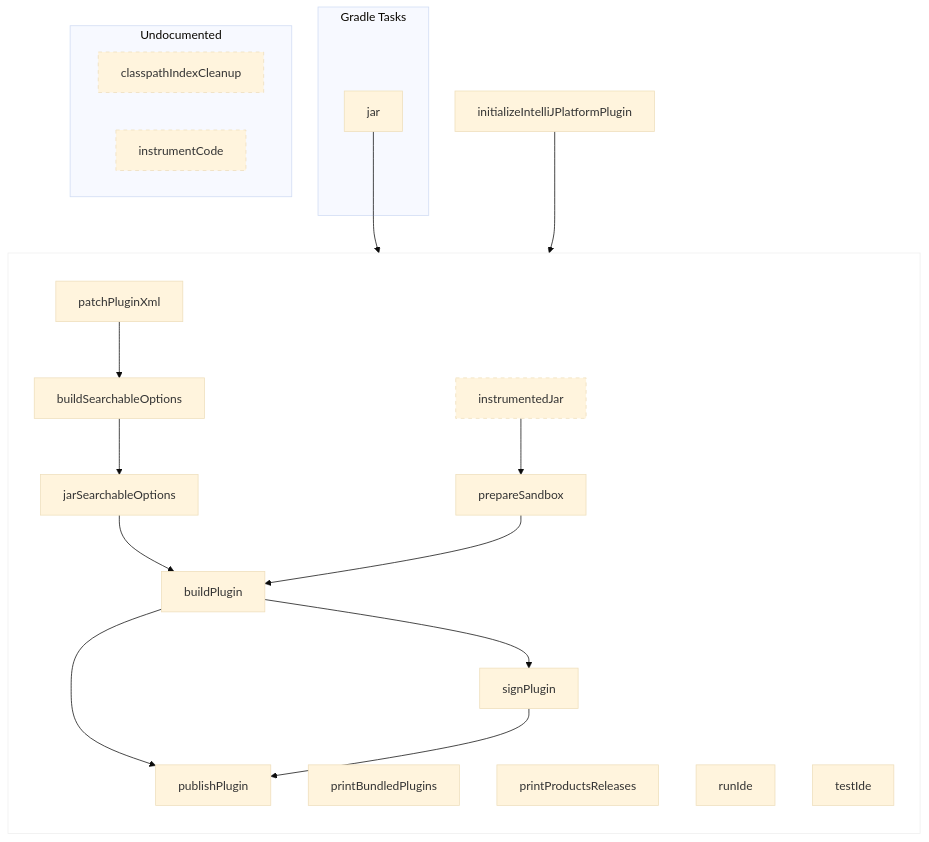
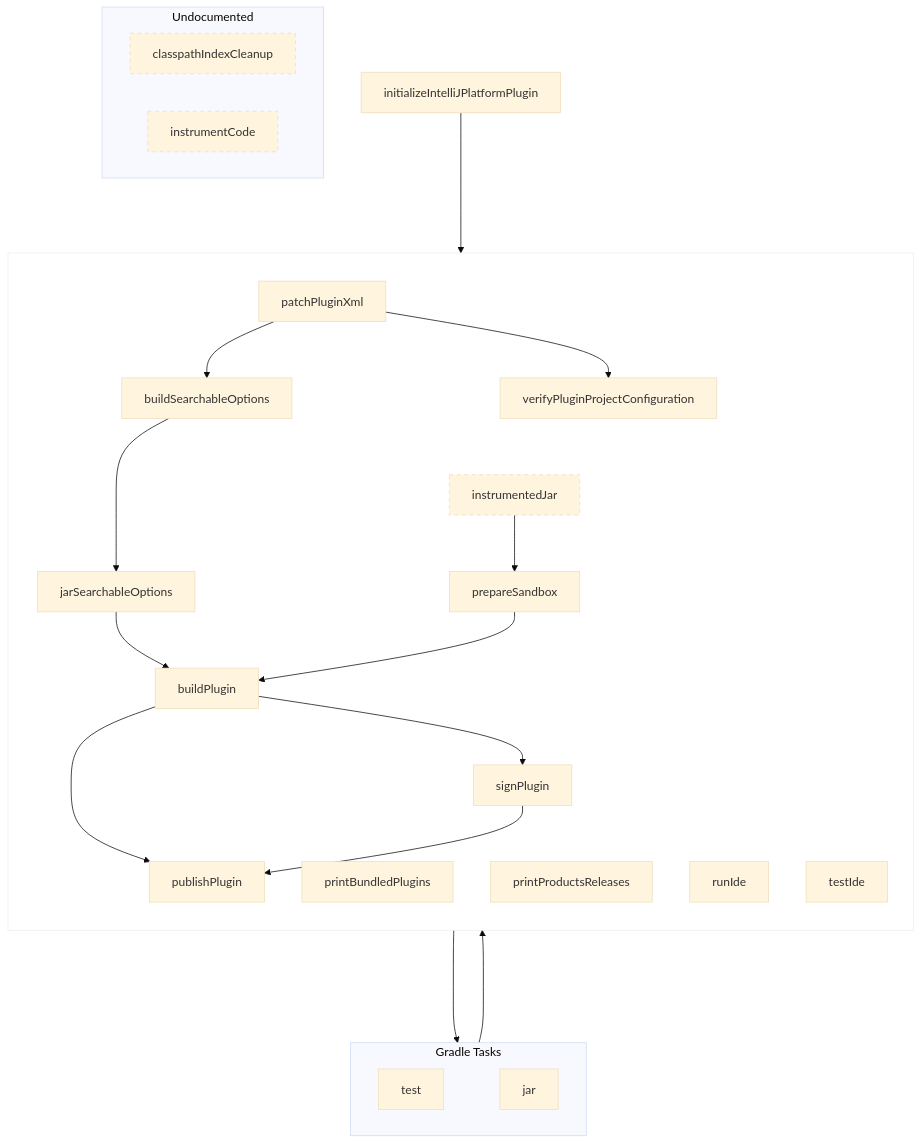
Before and after one commit to JetBrains/intellij-sdk-docs: the diagram in topics/appendix/tools/intellij_platform_gradle_plugin/tools_intellij_platform_gradle_plugin_tasks.md, drawn with Mermaid (base theme). The commit also changed other lines of this file, not shown here.

Commit message:
IntelliJ Platform Gradle Plugin: `verifyPluginProjectConfiguration` task

````diff
--- a/topics/appendix/tools/intellij_platform_gradle_plugin/tools_intellij_platform_gradle_plugin_tasks.md
+++ b/topics/appendix/tools/intellij_platform_gradle_plugin/tools_intellij_platform_gradle_plugin_tasks.md
@@ -15,59 +15,71 @@
 ```mermaid
-flowchart
-    subgraph Gradle Tasks
+flowchart TB
+    subgraph GRADLE ["Gradle Tasks"]
+        direction LR
+
+        test
         jar
     end
 
     subgraph ALL ["` `"]
         direction TB
 
         buildPlugin
         buildSearchableOptions
         jarSearchableOptions
         patchPluginXml
         prepareSandbox
         printBundledPlugins
         printProductsReleases
         publishPlugin
         runIde
         signPlugin
         testIde
+        verifyPluginProjectConfiguration
 
         jarSearchableOptions & prepareSandbox --> buildPlugin
         patchPluginXml --> buildSearchableOptions
         buildSearchableOptions --> jarSearchableOptions
         jar & instrumentedJar --> prepareSandbox
         buildPlugin & signPlugin --> publishPlugin
         buildPlugin --> signPlugin
+        patchPluginXml --> verifyPluginProjectConfiguration
+        verifyPluginProjectConfiguration ----> test
     end
 
-    initializeIntelliJPlatformPlugin --> ALL
+    initializeIntelliJPlatformPlugin ---> ALL
 
     subgraph Undocumented
         classpathIndexCleanup
         instrumentCode
         instrumentedJar
     end
+
+
+    test ~~~ jar
+    buildSearchableOptions ~~~ instrumentedJar
+    ALL ~~~ GRADLE
 
     click buildPlugin "#buildPlugin"
     click buildSearchableOptions "#buildSearchableOptions"
     click classpathIndexCleanup "#classpathIndexCleanup"
     click initializeIntelliJPlatformPlugin "#initializeIntelliJPlatformPlugin"
     click instrumentCode "#instrumentCode"
     click instrumentedJar "#instrumentedJar"
     click jarSearchableOptions "#jarSearchableOptions"
     click patchPluginXml "#patchPluginXml"
     click prepareSandbox "#prepareSandbox"
     click printBundledPlugins "#printBundledPlugins"
     click printProductsReleases "#printProductsReleases"
     click publishPlugin "#publishPlugin"
     click runIde "#runIde"
     click signPlugin "#signPlugin"
     click testIde "#testIde"
+    click verifyPluginProjectConfiguration "#verifyPluginProjectConfiguration"
 
     style classpathIndexCleanup stroke-dasharray: 5 5
     style instrumentCode stroke-dasharray: 5 5
     style instrumentedJar stroke-dasharray: 5 5
 
     style ALL fill:transparent,stroke:#eee
 ```
````
